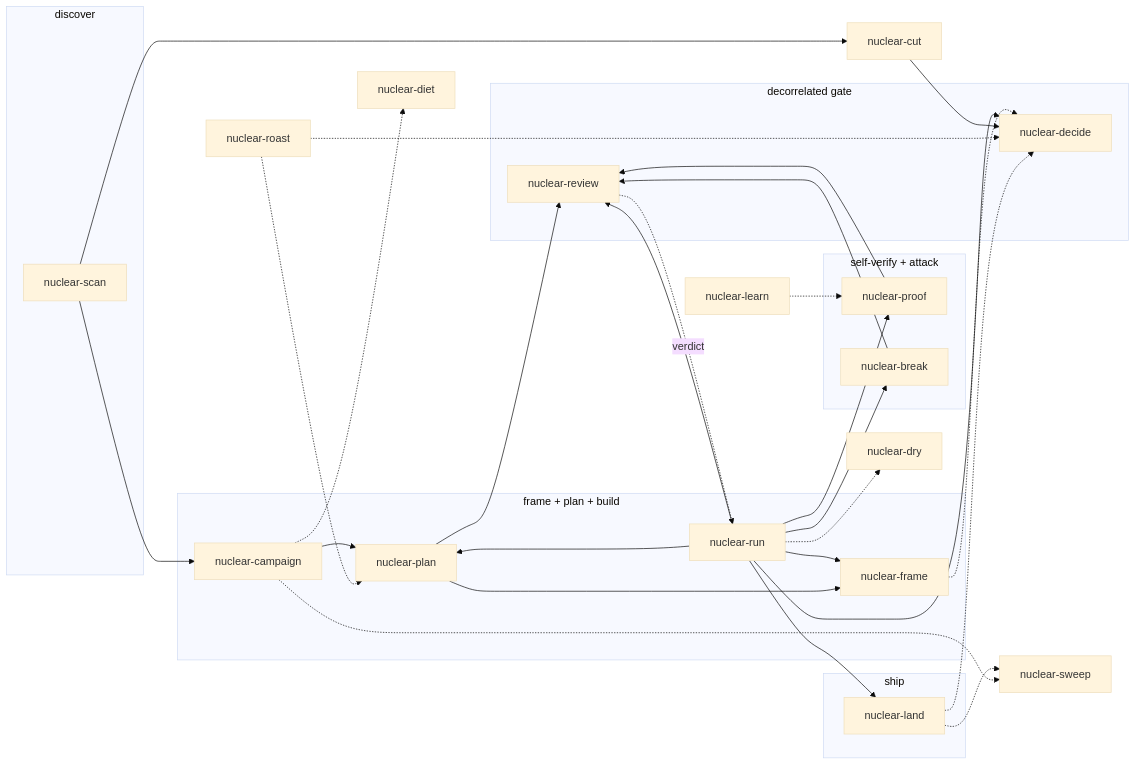
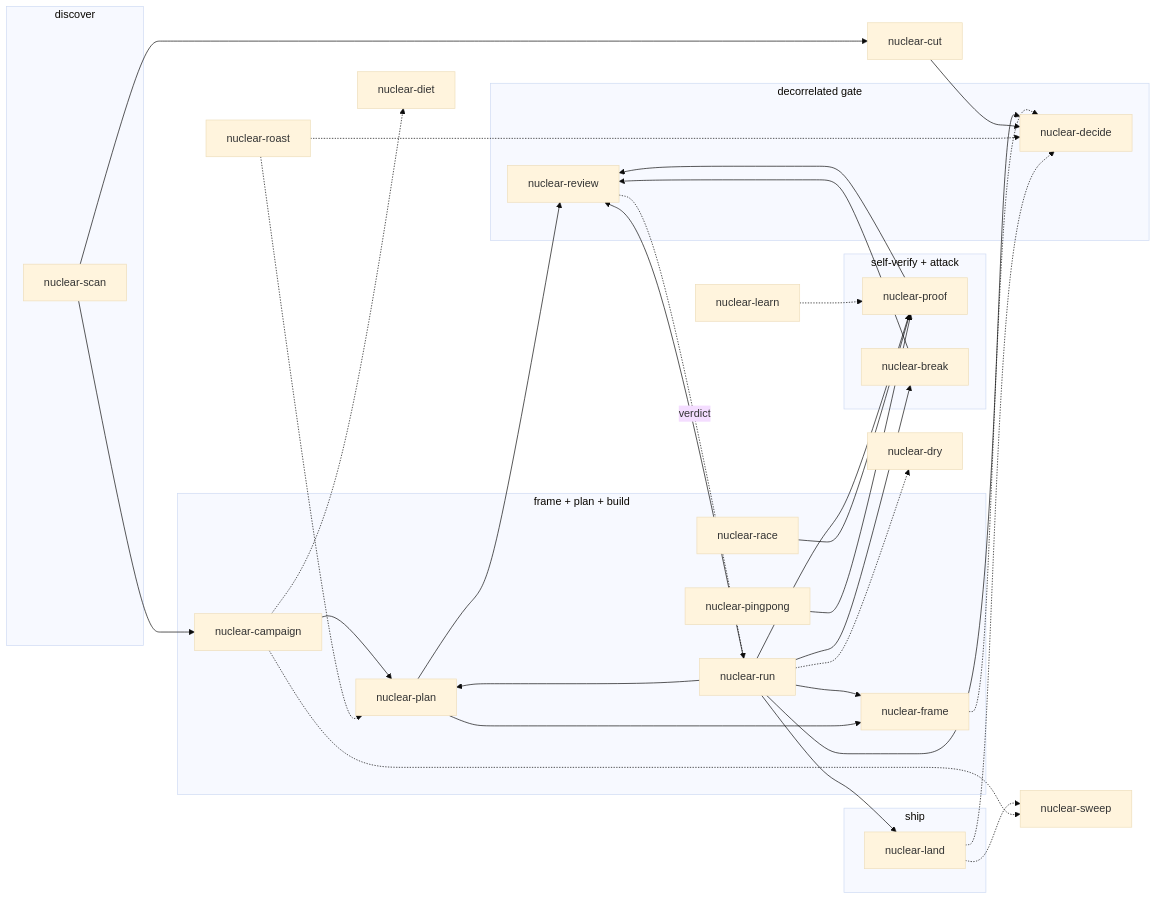
The diagram in README.md (askrubberduck/skills), drawn with Mermaid (base theme) before and after one commit. The commit also changed other lines of this file and 3 other files, not shown here.

First line of the commit message:
release: v0.10.0 — race + pingpong

````diff
--- a/README.md
+++ b/README.md
@@ -159,55 +159,59 @@
 ```mermaid
 flowchart LR
     subgraph discover
         scan[nuclear-scan]
     end
     subgraph build["frame + plan + build"]
         campaign[nuclear-campaign]
         frame[nuclear-frame]
         plan[nuclear-plan]
         run[nuclear-run]
+        race[nuclear-race]
+        pingpong[nuclear-pingpong]
     end
     subgraph verify["self-verify + attack"]
         proof[nuclear-proof]
         break[nuclear-break]
     end
     subgraph gate["decorrelated gate"]
         review[nuclear-review]
         decide[nuclear-decide]
     end
     subgraph ship
         land[nuclear-land]
     end
     cut[nuclear-cut]
     roast[nuclear-roast]
     sweep[nuclear-sweep]
     diet[nuclear-diet]
     dry[nuclear-dry]
     learn[nuclear-learn]
 
     scan --> campaign
     scan --> cut
     campaign --> plan
     campaign -.-> diet
     frame -.-> decide
     run --> frame
     plan --> frame
     run --> plan
     run --> proof
     run --> break
     run --> review
+    race --> proof
+    pingpong --> proof
     plan --> review
     proof --> review
     break --> review
     review -. verdict .-> run
     run -.-> dry
     run --> decide
     run --> land
     cut --> decide
     roast -.-> decide
     roast -.-> plan
     land -.-> decide
     land -.-> sweep
     campaign -.-> sweep
     learn -.-> proof
 ```
````
